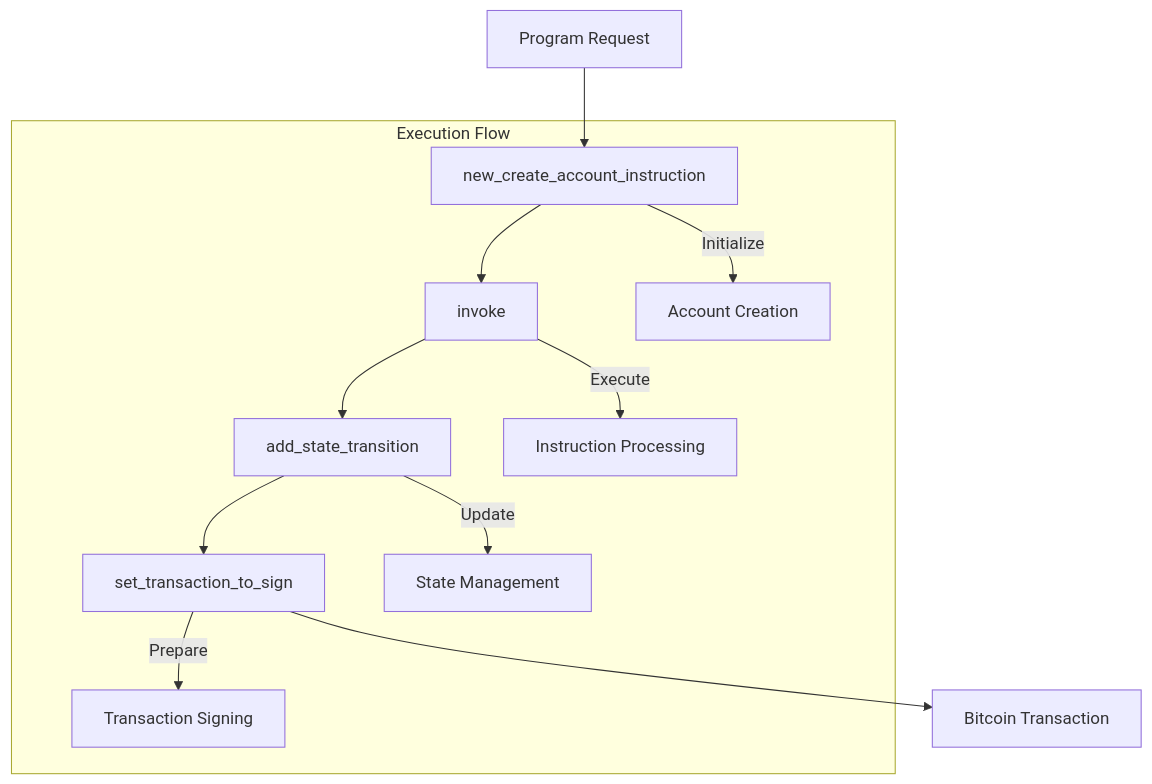
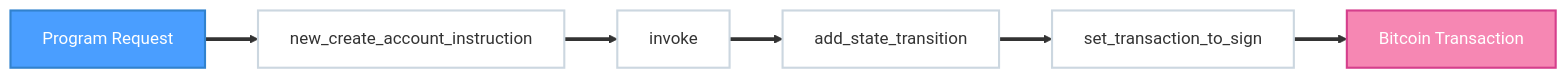
The diagram in src/program/system-functions.md (Arch-Network/book), drawn with Mermaid before and after one commit. The commit also changed 6 other files, not shown here.

Commit message:
Mermaid diagrams

````diff
--- a/src/program/system-functions.md
+++ b/src/program/system-functions.md
@@ -130,15 +128,15 @@
 ```mermaid
-graph TD
-    A[Program Request] --> B[new_create_account_instruction]
-    B --> C[invoke]
-    C --> D[add_state_transition]
-    D --> E[set_transaction_to_sign]
-    E --> F[Bitcoin Transaction]
-    
-    subgraph "Execution Flow"
-    B --> |Initialize| G[Account Creation]
-    C --> |Execute| H[Instruction Processing]
-    D --> |Update| I[State Management]
-    E --> |Prepare| J[Transaction Signing]
-    end
+graph LR
+    A[Program Request] ==> B[new_create_account_instruction]
+    B ==> C[invoke]
+    C ==> D[add_state_transition]
+    D ==> E[set_transaction_to_sign]
+    E ==> F[Bitcoin Transaction]
+
+    style A fill:#4a9eff,stroke:#3182ce,stroke-width:2px,color:#fff
+    style B fill:#ffffff,stroke:#ccd7e0,stroke-width:2px
+    style C fill:#ffffff,stroke:#ccd7e0,stroke-width:2px
+    style D fill:#ffffff,stroke:#ccd7e0,stroke-width:2px
+    style E fill:#ffffff,stroke:#ccd7e0,stroke-width:2px
+    style F fill:#f687b3,stroke:#d53f8c,stroke-width:2px,color:#fff
 ```
````
